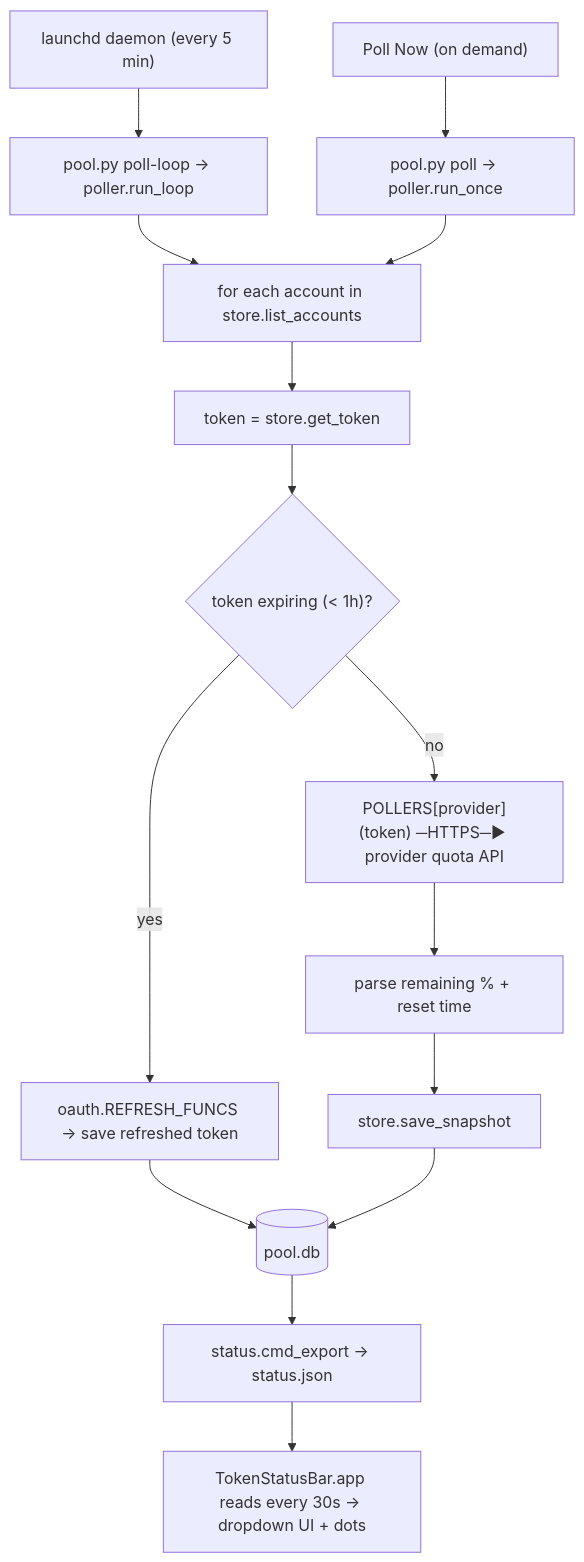
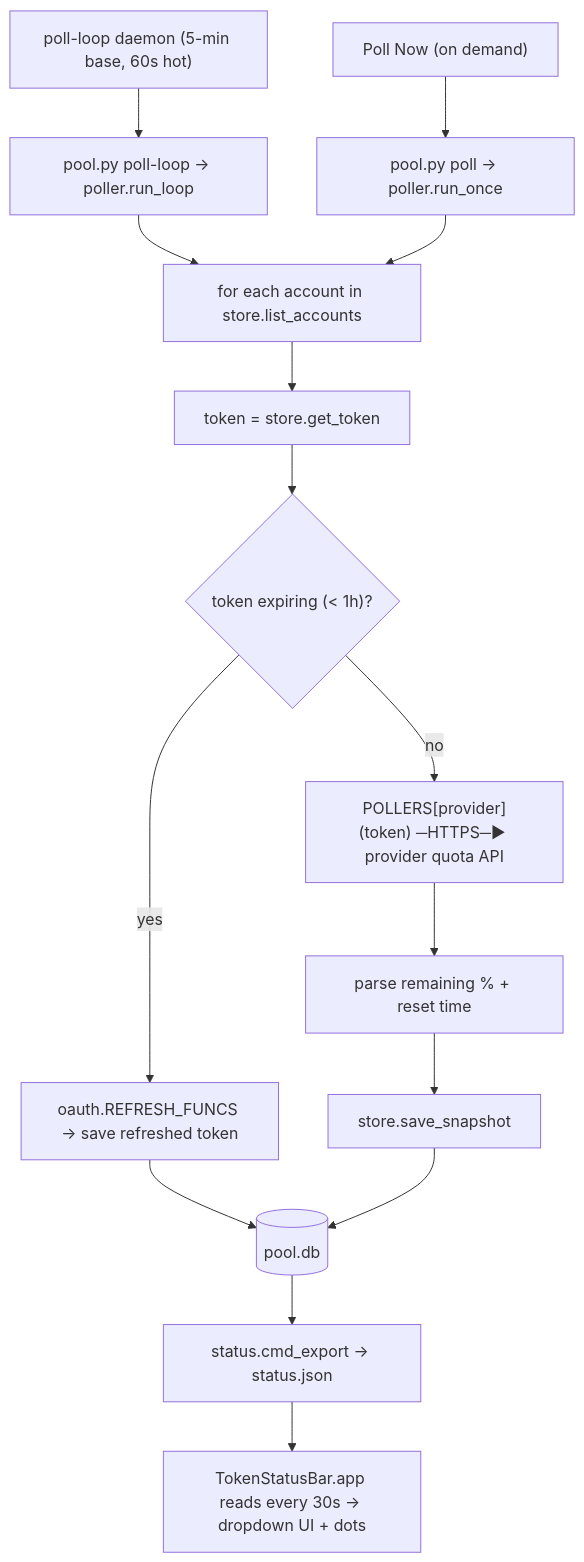
Before and after one commit to bytonylee/token-status-bar: the third of 3 diagrams in README.md, drawn with Mermaid. The commit also changed other lines of this file and 19 other files, not shown here.

````diff
--- a/README.md
+++ b/README.md
@@ -138,17 +142,17 @@
 ```mermaid
 flowchart TD
-    A["launchd daemon (every 5 min)"] --> B[pool.py poll-loop → poller.run_loop]
+    A["poll-loop daemon (5-min base, 60s hot)"] --> B[pool.py poll-loop → poller.run_loop]
     C["Poll Now (on demand)"] --> D[pool.py poll → poller.run_once]
     B --> E[for each account in store.list_accounts]
     D --> E
     E --> F[token = store.get_token]
     F --> G{"token expiring (< 1h)?"}
     G -->|yes| H["oauth.REFRESH_FUNCS → save refreshed token"]
     H --> I[(pool.db)]
     G -->|no| J["POLLERS[provider](token) ─HTTPS─► provider quota API"]
     J --> K["parse remaining % + reset time"]
     K --> L[store.save_snapshot]
     L --> I
     I --> M[status.cmd_export → status.json]
     M --> N["TokenStatusBar.app reads every 30s → dropdown UI + dots"]
 ```
````
